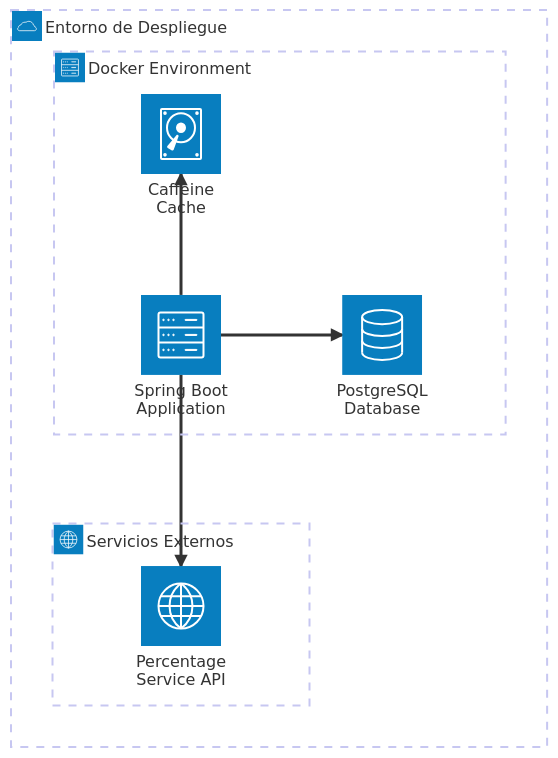
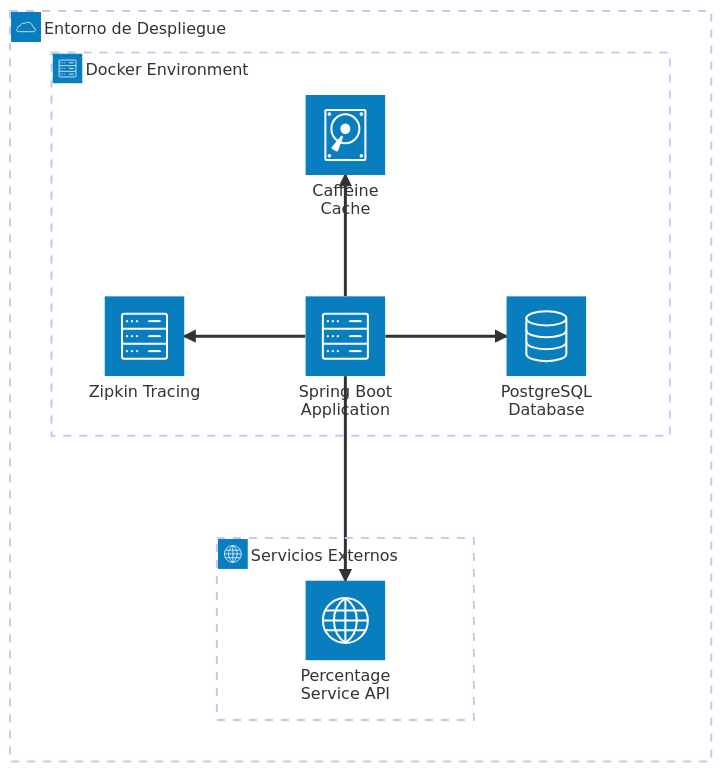
Before and after one commit to stiwardjherikofcr/tenpo-challenge: the diagram in docs/architecture-diagram.md, drawn with Mermaid. The commit also changed other lines of this file and 7 other files, not shown here.

Commit message:
integrate Zipkin for distributed tracing and enhance architecture documentation

````diff
--- a/docs/architecture-diagram.md
+++ b/docs/architecture-diagram.md
@@ -3,17 +3,19 @@
 ```mermaid
 architecture-beta
     group cloud(cloud)[Entorno de Despliegue]
     
     group container_env(server)[Docker Environment] in cloud
     
     service app(server)[Spring Boot Application] in container_env
     service postgres(database)[PostgreSQL Database] in container_env
     service cache(disk)[Caffeine Cache] in container_env
+    service zipkin(server)[Zipkin Tracing] in container_env
     
     group external(internet)[Servicios Externos] in cloud
     service percentage_api(internet)[Percentage Service API] in external
     
     app:R --> L:postgres
     app:T --> B:cache
     app:B --> T:percentage_api
+    app:L --> R:zipkin
 ```
````
